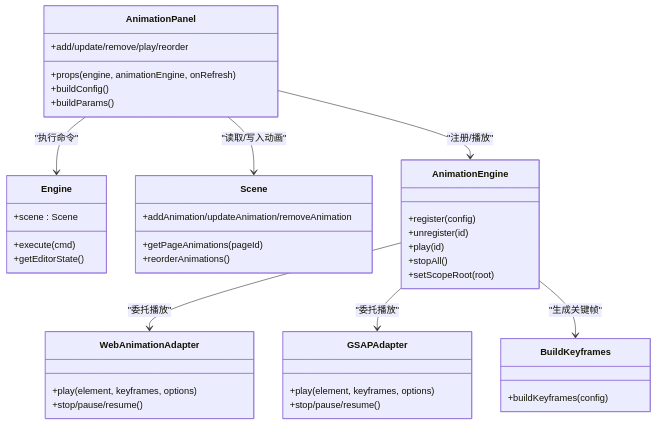
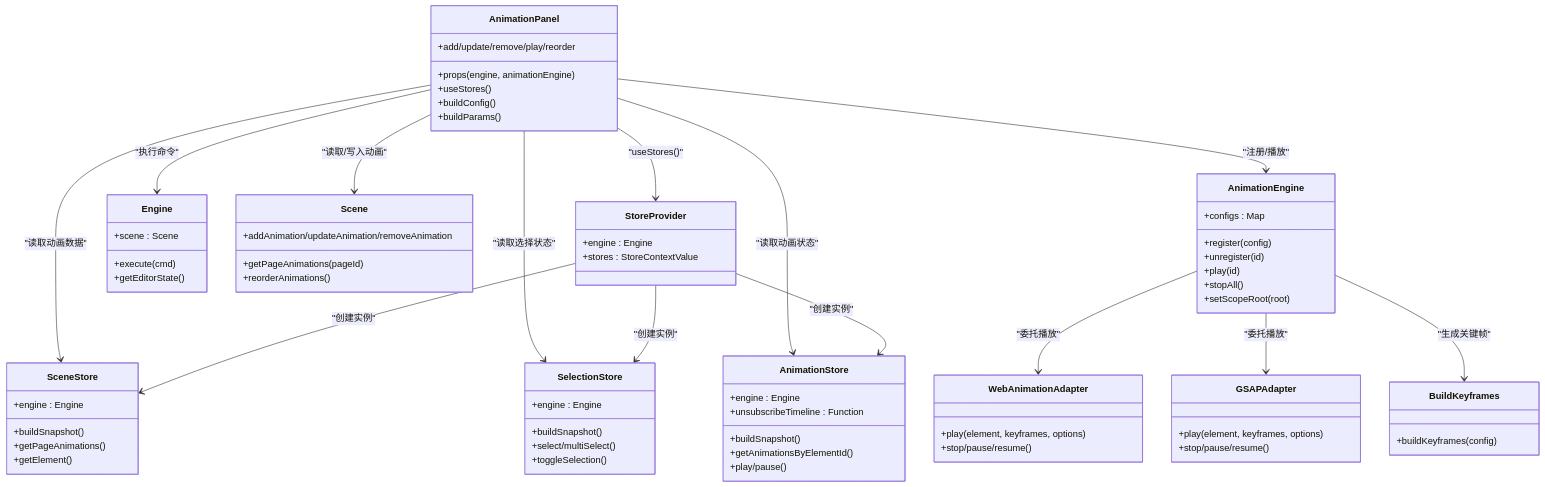
The third of 3 diagrams in .qoder/repowiki/zh/content/UI组件系统/动画面板 (AnimationPanel).md (Anna0314zy/ai_editor_enginer), drawn with Mermaid before and after one commit. The commit also changed other lines of this file and 17 other files, not shown here.

````diff
--- a/.qoder/repowiki/zh/content/UI组件系统/动画面板 (AnimationPanel).md
+++ b/.qoder/repowiki/zh/content/UI组件系统/动画面板 (AnimationPanel).md
@@ -207,43 +270,75 @@
 ```mermaid
 classDiagram
 class AnimationPanel {
-+props(engine, animationEngine, onRefresh)
++props(engine, animationEngine)
++useStores()
 +add/update/remove/play/reorder
 +buildConfig()
 +buildParams()
+}
+class StoreProvider {
++engine : Engine
++stores : StoreContextValue
+}
+class SceneStore {
++engine : Engine
++buildSnapshot()
++getPageAnimations()
++getElement()
+}
+class SelectionStore {
++engine : Engine
++buildSnapshot()
++select/multiSelect()
++toggleSelection()
+}
+class AnimationStore {
++engine : Engine
++unsubscribeTimeline : Function
++buildSnapshot()
++getAnimationsByElementId()
++play/pause()
 }
 class Engine {
 +scene : Scene
 +execute(cmd)
 +getEditorState()
 }
 class Scene {
 +getPageAnimations(pageId)
 +addAnimation/updateAnimation/removeAnimation
 +reorderAnimations()
 }
 class AnimationEngine {
++configs : Map
 +register(config)
 +unregister(id)
 +play(id)
 +stopAll()
 +setScopeRoot(root)
 }
 class WebAnimationAdapter {
 +play(element, keyframes, options)
 +stop/pause/resume()
 }
 class GSAPAdapter {
 +play(element, keyframes, options)
 +stop/pause/resume()
 }
 class BuildKeyframes {
 +buildKeyframes(config)
 }
+AnimationPanel --> StoreProvider : "useStores()"
+AnimationPanel --> SceneStore : "读取动画数据"
+AnimationPanel --> SelectionStore : "读取选择状态"
+AnimationPanel --> AnimationStore : "读取动画状态"
+StoreProvider --> SceneStore : "创建实例"
+StoreProvider --> SelectionStore : "创建实例"
+StoreProvider --> AnimationStore : "创建实例"
 AnimationPanel --> Engine : "执行命令"
 AnimationPanel --> Scene : "读取/写入动画"
 AnimationPanel --> AnimationEngine : "注册/播放"
 AnimationEngine --> WebAnimationAdapter : "委托播放"
 AnimationEngine --> GSAPAdapter : "委托播放"
 AnimationEngine --> BuildKeyframes : "生成关键帧"
 ```
````
